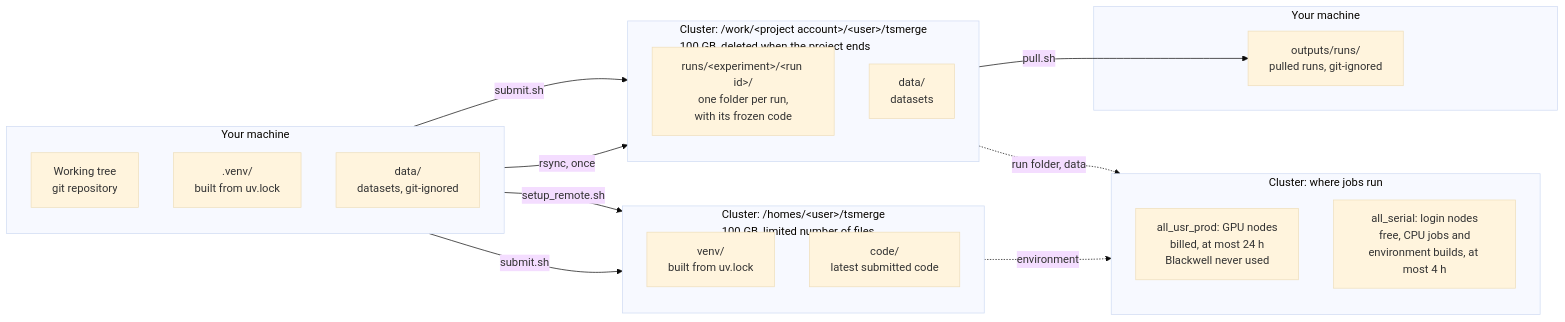
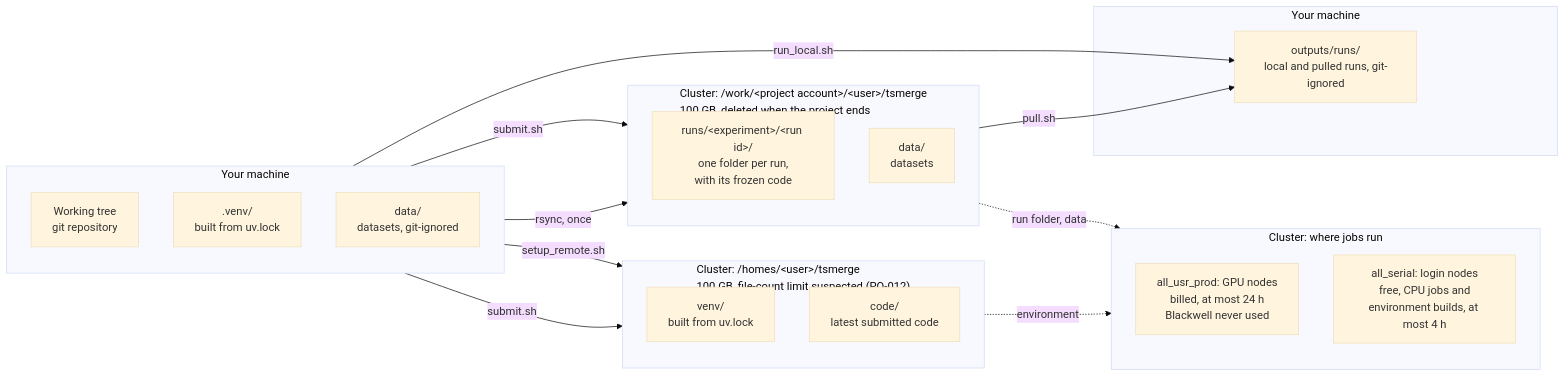
One commit to daliran/tsmerge changed the diagram in docs/project/diagrams/machines-and-storage.mmd. Above: the diagram before and after it, drawn with Mermaid (base theme). The commit also changed 17 other files, not shown here.

Commit message:
docs(diagrams): add six diagrams and update two

```diff
--- a/docs/project/diagrams/machines-and-storage.mmd
+++ b/docs/project/diagrams/machines-and-storage.mmd
@@ -1,39 +1,40 @@
 %% Where code, environments, runs and data live, and which script moves them.
 %% Left: your machine; middle: the cluster; right: what comes back. Shown in docs/project/running.md.
 flowchart LR
   subgraph local["Your machine"]
     direction TB
     tree["Working tree<br/>git repository"]
     venvL[".venv/<br/>built from uv.lock"]
     dataL["data/<br/>datasets, git-ignored"]
   end
 
-  subgraph homes["Cluster: /homes/&lt;user&gt;/tsmerge<br/>100 GB, limited number of files"]
+  subgraph homes["Cluster: /homes/&lt;user&gt;/tsmerge<br/>100 GB, file-count limit suspected (PQ-012)"]
     direction TB
     venvC["venv/<br/>built from uv.lock"]
     mirror["code/<br/>latest submitted code"]
   end
 
   subgraph work["Cluster: /work/&lt;project account&gt;/&lt;user&gt;/tsmerge<br/>100 GB, deleted when the project ends"]
     direction TB
     runs["runs/&lt;experiment&gt;/&lt;run id&gt;/<br/>one folder per run,<br/>with its frozen code"]
     dataC["data/<br/>datasets"]
   end
 
   subgraph compute["Cluster: where jobs run"]
     direction TB
     gpu["all_usr_prod: GPU nodes<br/>billed, at most 24 h<br/>Blackwell never used"]
     serial["all_serial: login nodes<br/>free, CPU jobs and<br/>environment builds, at most 4 h"]
   end
 
   subgraph back["Your machine"]
-    outL["outputs/runs/<br/>pulled runs, git-ignored"]
+    outL["outputs/runs/<br/>local and pulled runs, git-ignored"]
   end
 
   tree -- "setup_remote.sh" --> venvC
   tree -- "submit.sh" --> mirror
   tree -- "submit.sh" --> runs
   dataL -- "rsync, once" --> dataC
   homes -. "environment" .-> compute
   work -. "run folder, data" .-> compute
   runs -- "pull.sh" --> outL
+  tree -- "run_local.sh" --> outL
```
